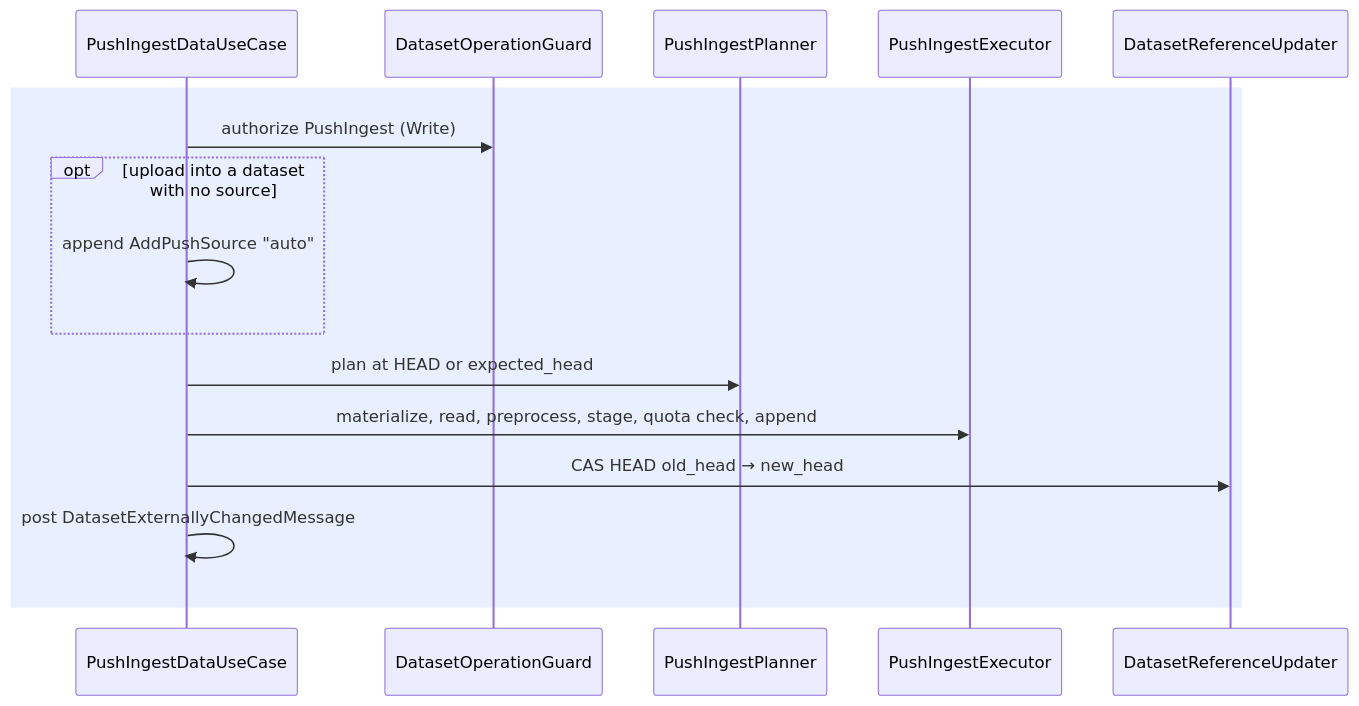
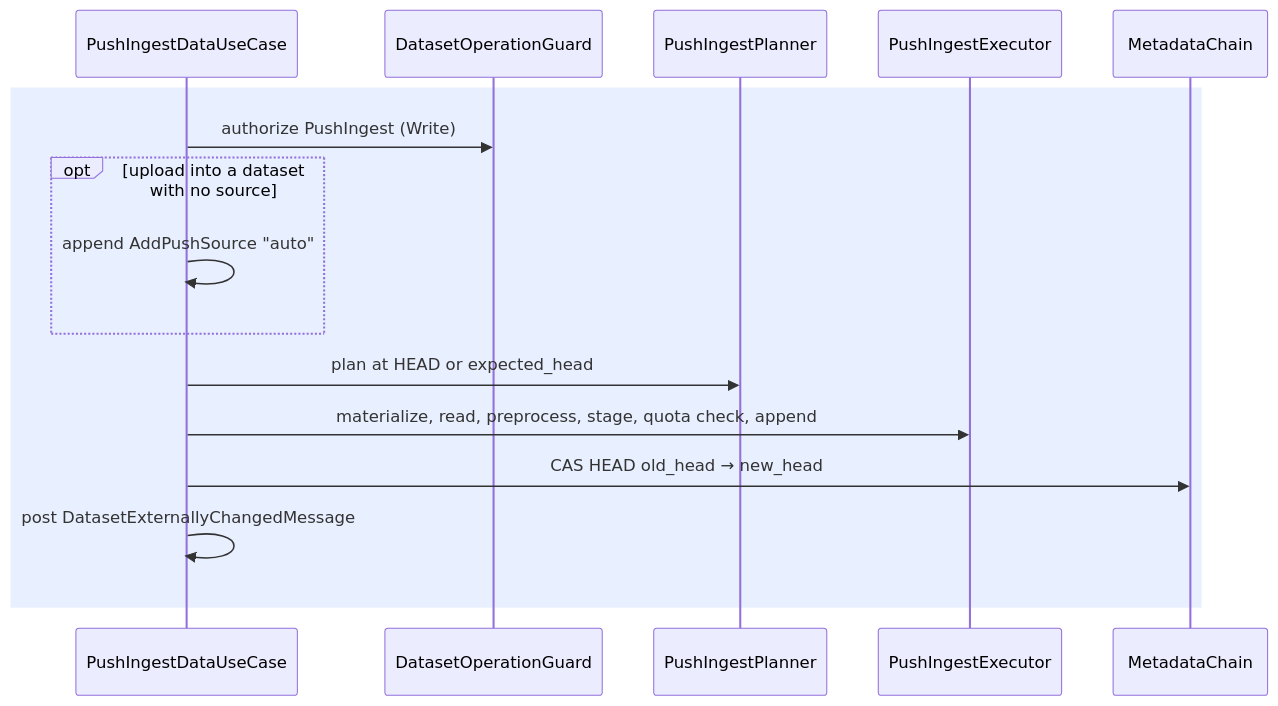
Before and after one commit to kamu-data/kamu-cli: the diagram in docs/internal/push-ingest.md, drawn with Mermaid. The commit also changed other lines of this file and 71 other files, not shown here.

Commit message:
Reference writes go through MetadataChain::set_ref

````diff
--- a/docs/internal/push-ingest.md
+++ b/docs/internal/push-ingest.md
@@ -83,19 +83,19 @@
 ```mermaid
 sequenceDiagram
     participant U as PushIngestDataUseCase
     participant G as DatasetOperationGuard
     participant P as PushIngestPlanner
     participant E as PushIngestExecutor
-    participant C as DatasetReferenceUpdater
+    participant C as MetadataChain
 
     rect rgba(100, 150, 255, 0.15)
     U->>G: authorize PushIngest (Write)
     opt upload into a dataset with no source
         U->>U: append AddPushSource "auto"
     end
     U->>P: plan at HEAD or expected_head
     U->>E: materialize, read, preprocess, stage, quota check, append
     U->>C: CAS HEAD old_head → new_head
     U->>U: post DatasetExternallyChangedMessage
     end
 ```
````
